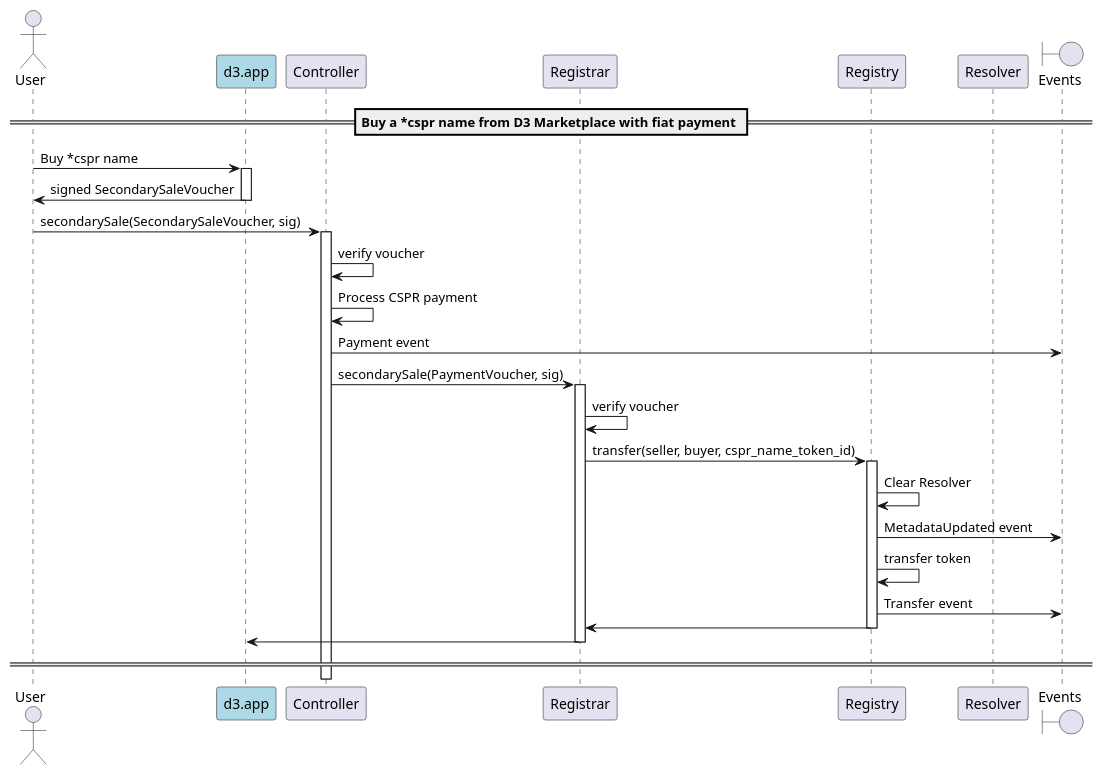
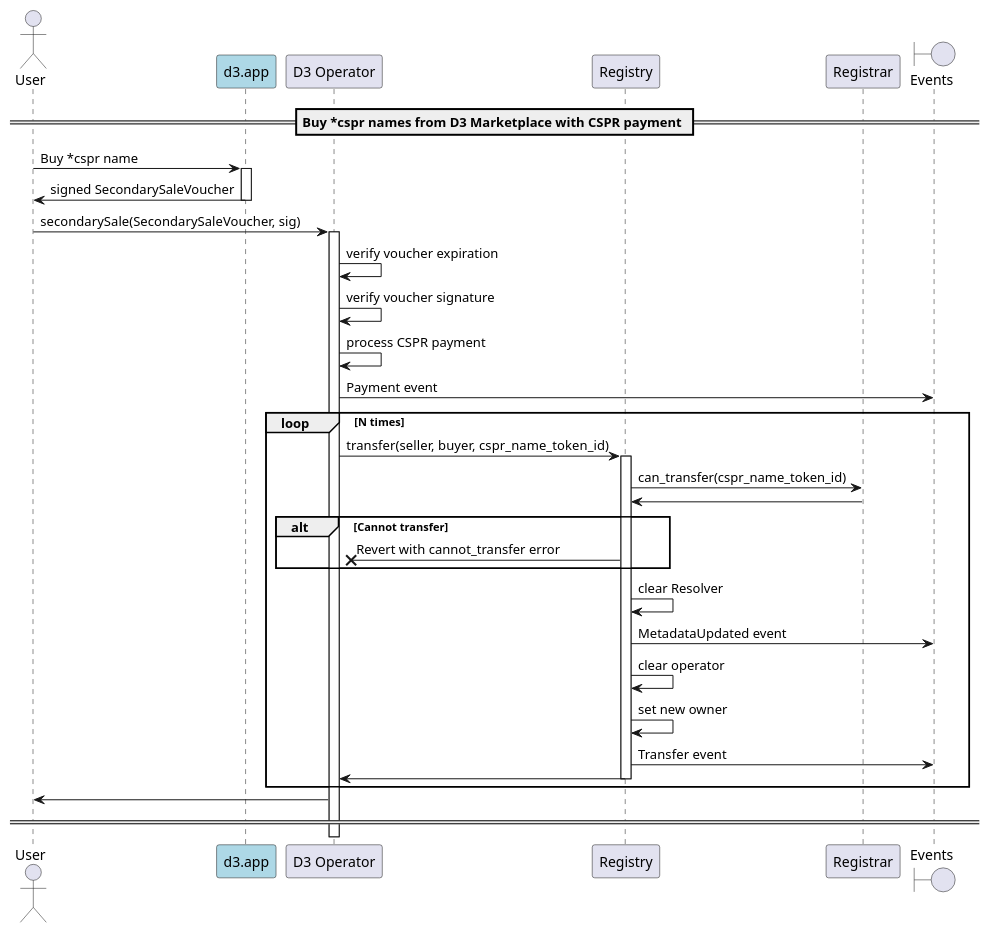
Before and after one commit to make-software/cspr-name-contracts: the diagram in docs/sequence-diagrams/puml/d3-marketplace-buy-cspr-token.puml, drawn with PlantUML. The commit also changed 32 other files, not shown here.

```diff
--- a/docs/sequence-diagrams/puml/d3-marketplace-buy-cspr-token.puml
+++ b/docs/sequence-diagrams/puml/d3-marketplace-buy-cspr-token.puml
@@ -1,43 +1,46 @@
 @startuml
 'https://plantuml.com/sequence-diagram
 
 'autonumber
 actor User
 participant "d3.app" as d3 #lightblue
-participant "Controller"
+participant "D3 Operator" as d3Op
+participant "Registry"
 participant "Registrar"
-participant "Registry"
-participant "Resolver"
 boundary "Events"
 
-== Buy a *cspr name from D3 Marketplace with fiat payment ==
+== Buy *cspr names from D3 Marketplace with CSPR payment ==
 
 User -> d3: Buy *cspr name
 activate d3
 d3 -> User: signed SecondarySaleVoucher
 deactivate d3
 
-User -> Controller: secondarySale(SecondarySaleVoucher, sig)
-activate Controller
-Controller -> Controller: verify voucher
-Controller -> Controller: Process CSPR payment
-Controller -> "Events": Payment event
-Controller -> Registrar: secondarySale(PaymentVoucher, sig)
-
-activate Registrar
-Registrar -> Registrar: verify voucher
-Registrar -> Registry: transfer(seller, buyer, cspr_name_token_id)
-activate Registry
-Registry -> Registry: Clear Resolver
-Registry -> "Events": MetadataUpdated event
-Registry -> Registry: transfer token
-Registry -> "Events": Transfer event
-Registry -> Registrar
-deactivate Registry
-Registrar -> d3
-deactivate Registrar
+User -> d3Op: secondarySale(SecondarySaleVoucher, sig)
+activate d3Op
+d3Op -> d3Op: verify voucher expiration
+d3Op -> d3Op: verify voucher signature
+d3Op -> d3Op: process CSPR payment
+d3Op -> "Events": Payment event
+loop N times
+    d3Op -> Registry: transfer(seller, buyer, cspr_name_token_id)
+    activate Registry
+    Registry -> Registrar: can_transfer(cspr_name_token_id)
+    Registrar -> Registry
+    alt Cannot transfer
+        Registry ->X d3Op: Revert with cannot_transfer error
+    end
+    Registry -> Registry: clear Resolver
+    Registry -> "Events": MetadataUpdated event
+    Registry -> Registry: clear operator
+    Registry -> Registry : set new owner
+    Registry -> "Events": Transfer event
+    Registry -> d3Op
+    deactivate Registry
+end
+d3Op -> User
 deactivate d3
 
 == ==
 
 @enduml
```
